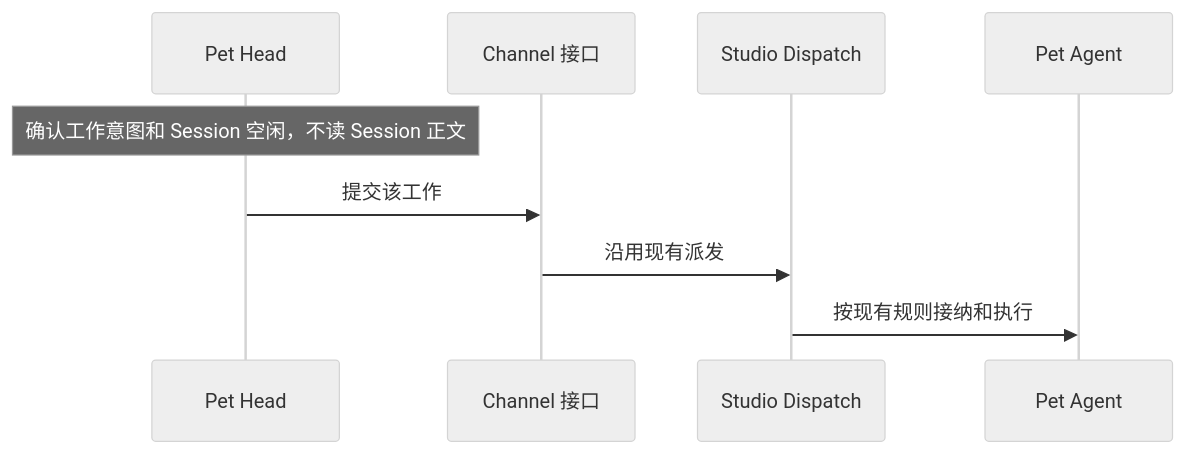
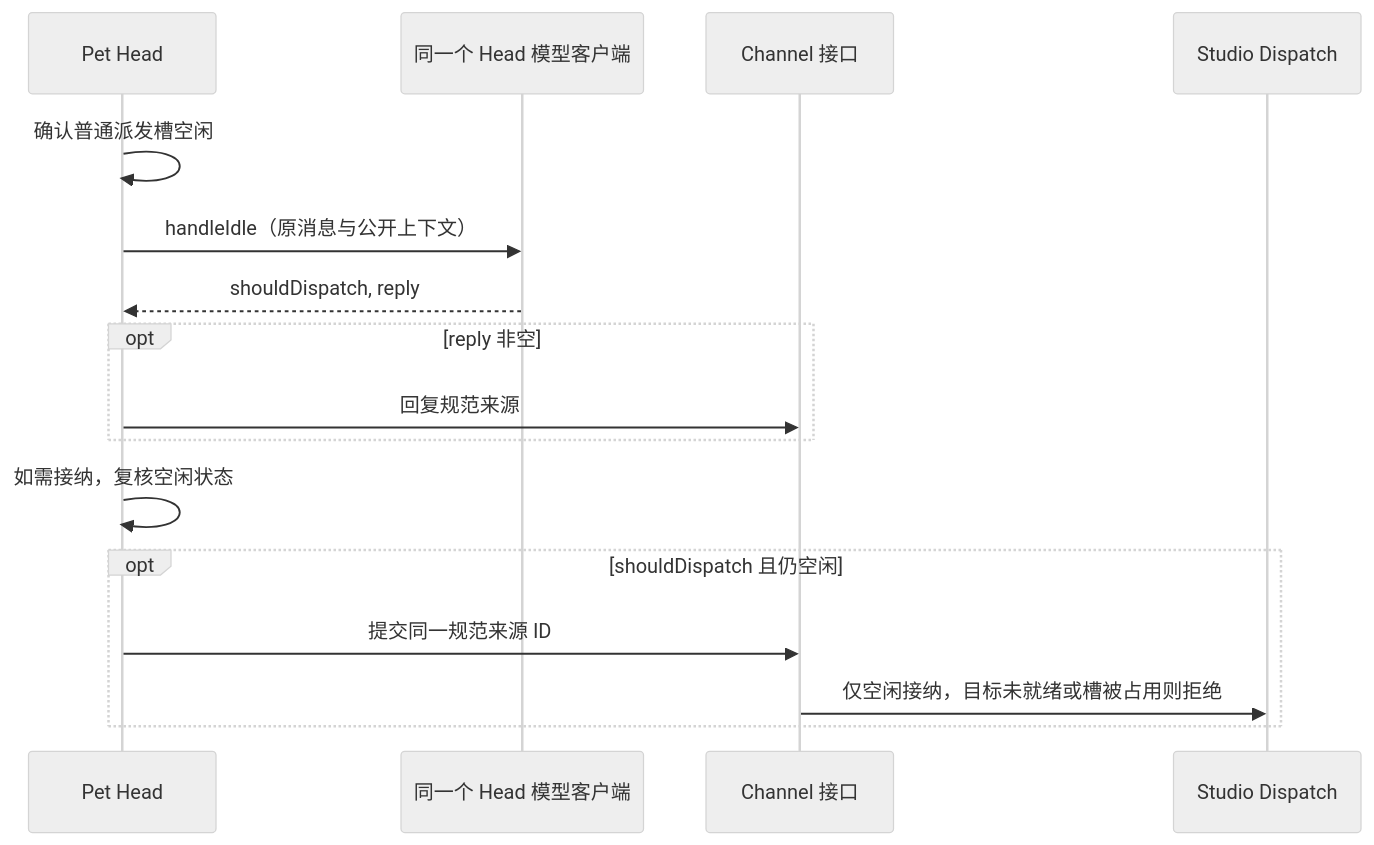
One commit to pinpawo/pinpawo-agent changed the third of 5 diagrams in docs/design/studio/pet-head-mechanism.md. Above: the diagram before and after it, drawn with Mermaid (neutral theme). The commit also changed other lines of this file and 47 other files, not shown here.

First line of the commit message:
fix(studio): let Pet Head route from the actual execution state (#1100)

````diff
--- a/docs/design/studio/pet-head-mechanism.md
+++ b/docs/design/studio/pet-head-mechanism.md
@@ -81,11 +80,18 @@
 ```mermaid
 sequenceDiagram
     participant H as Pet Head
+    participant M as 同一个 Head 模型客户端
     participant C as Channel 接口
     participant D as Studio Dispatch
-    participant A as Pet Agent
-    Note over H: 确认工作意图和 Session 空闲，不读 Session 正文
-    H->>C: 提交该工作
-    C->>D: 沿用现有派发
-    D->>A: 按现有规则接纳和执行
+    H->>H: 确认普通派发槽空闲
+    H->>M: handleIdle（原消息与公开上下文）
+    M-->>H: shouldDispatch, reply
+    opt reply 非空
+        H->>C: 回复规范来源
+    end
+    H->>H: 如需接纳，复核空闲状态
+    opt shouldDispatch 且仍空闲
+        H->>C: 提交同一规范来源 ID
+        C->>D: 仅空闲接纳，目标未就绪或槽被占用则拒绝
+    end
 ```
````
